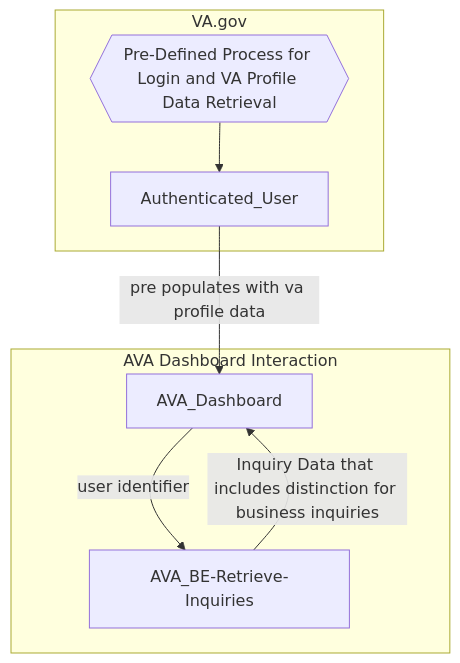
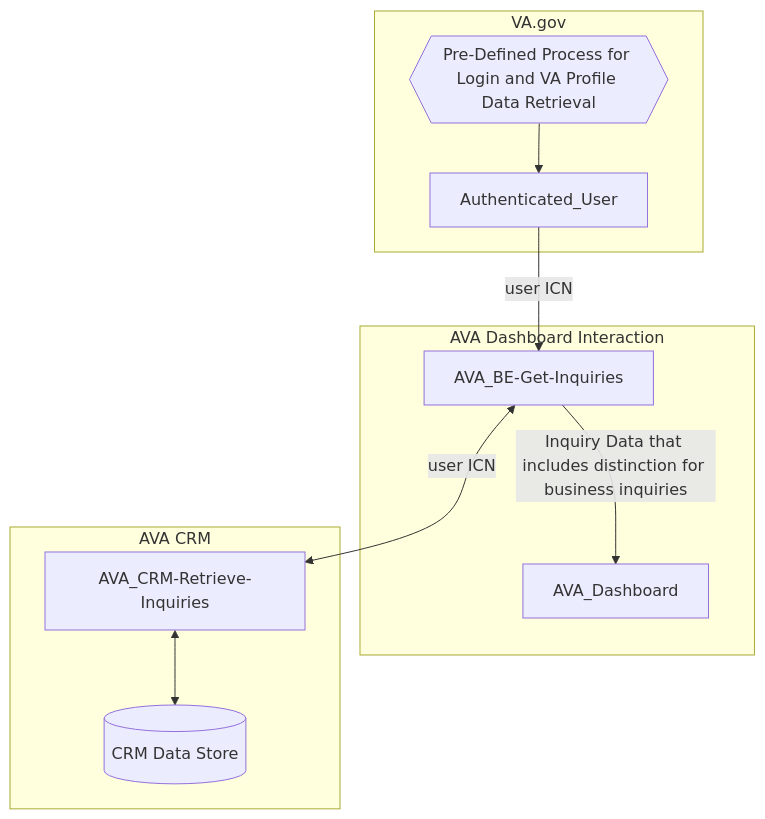
Before and after one commit to department-of-veterans-affairs/va.gov-team: the second of 4 diagrams in products/ask-va/integration/va_profile/Profile_Processes.md, drawn with Mermaid. The commit also changed other lines of this file, not shown here.

````diff
--- a/products/ask-va/integration/va_profile/Profile_Processes.md
+++ b/products/ask-va/integration/va_profile/Profile_Processes.md
@@ -37,11 +41,14 @@
 ```mermaid
 flowchart TB
     subgraph AVA Dashboard Interaction
-    AVA_Dashboard-->|user identifier|AVA_BE-Retrieve-Inquiries
-    AVA_BE-Retrieve-Inquiries-->|Inquiry Data that includes distinction for business inquiries|AVA_Dashboard    
+    AVA_BE-Get-Inquiries-->|Inquiry Data that includes distinction for business inquiries|AVA_Dashboard
+    end
+    subgraph AVA CRM
+    AVA_CRM-Retrieve-Inquiries<-->AVA-CRM-Data-Store[(CRM Data Store)]
     end
     subgraph VA.gov
     Predefined-Login-Process{{Pre-Defined Process for Login and VA Profile Data Retrieval}}-->Authenticated_User
-    Authenticated_User-->|pre populates with va profile data|AVA_Dashboard
+    Authenticated_User-->|user ICN|AVA_BE-Get-Inquiries
+    AVA_BE-Get-Inquiries<-->|user ICN|AVA_CRM-Retrieve-Inquiries
     end
 ```
````
